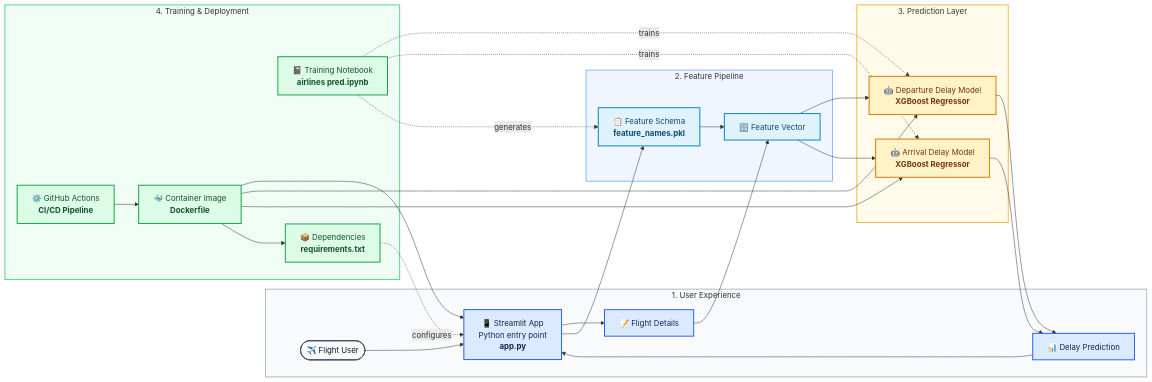
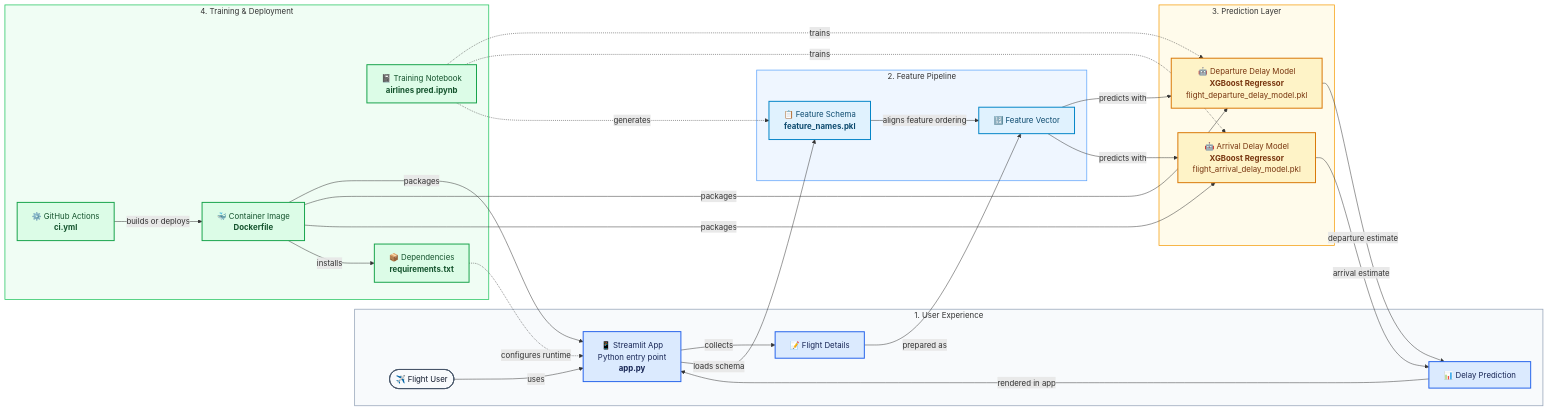
The diagram in project structure.md (cnadupuri/Flight-Delay-Prediction), drawn with Mermaid before and after one commit. The commit also changed other lines of this file, not shown here.

Commit message:
Add clickable links to architecture diagram components

````diff
--- a/project structure.md
+++ b/project structure.md
@@ -3,72 +5,82 @@
 ```mermaid
 flowchart LR
 
     %% Layer 1: User interaction
     subgraph UX["1. User Experience"]
         U(["✈️ Flight User"])
         A["📱 Streamlit App<br/>Python entry point<br/><b>app.py</b>"]
         I["📝 Flight Details"]
         P["📊 Delay Prediction"]
     end
 
     %% Layer 2: Feature preparation
     subgraph FEAT["2. Feature Pipeline"]
         F["🔢 Feature Vector"]
         S["📋 Feature Schema<br/><b>feature_names.pkl</b>"]
     end
 
     %% Layer 3: Model inference
     subgraph ML["3. Prediction Layer"]
-        D["🤖 Departure Delay Model<br/><b>XGBoost Regressor</b>"]
-        R["🤖 Arrival Delay Model<br/><b>XGBoost Regressor</b>"]
+        D["🤖 Departure Delay Model<br/><b>XGBoost Regressor</b><br/>flight_departure_delay_model.pkl"]
+        R["🤖 Arrival Delay Model<br/><b>XGBoost Regressor</b><br/>flight_arrival_delay_model.pkl"]
     end
 
     %% Layer 4: Training and delivery
     subgraph OPS["4. Training & Deployment"]
         N["📓 Training Notebook<br/><b>airlines pred.ipynb</b>"]
         REQ["📦 Dependencies<br/><b>requirements.txt</b>"]
         DOCKER["🐳 Container Image<br/><b>Dockerfile</b>"]
-        CI["⚙️ GitHub Actions<br/><b>CI/CD Pipeline</b>"]
+        CI["⚙️ GitHub Actions<br/><b>ci.yml</b>"]
     end
 
-    %% Core workflow
-    U --> A
-    A --> I
-    I --> F
-    S --> F
-    A --> S
-    F --> D
-    F --> R
-    D --> P
-    R --> P
-    P --> A
+    %% Core prediction workflow
+    U -->|"uses"| A
+    A -->|"collects"| I
+    I -->|"prepared as"| F
+    S -->|"aligns feature ordering"| F
+    A -->|"loads schema"| S
+    F -->|"predicts with"| D
+    F -->|"predicts with"| R
+    D -->|"departure estimate"| P
+    R -->|"arrival estimate"| P
+    P -->|"rendered in app"| A
 
-    %% Training and artifact lifecycle
-    N -. trains .-> D
-    N -. trains .-> R
-    N -. generates .-> S
-    REQ -. configures .-> A
-    DOCKER --> A
-    DOCKER --> D
-    DOCKER --> R
-    DOCKER --> REQ
-    CI --> DOCKER
+    %% Training, packaging, and deployment relationships
+    N -.->|"trains"| D
+    N -.->|"trains"| R
+    N -.->|"generates"| S
+    REQ -.->|"configures runtime"| A
+    DOCKER -->|"packages"| A
+    DOCKER -->|"packages"| D
+    DOCKER -->|"packages"| R
+    DOCKER -->|"installs"| REQ
+    CI -->|"builds or deploys"| DOCKER
+
+    %% Clickable repository links
+    click A "https://github.com/cnadupuri/Flight-Delay-Prediction/blob/main/app.py" "Open Streamlit application"
+    click S "https://github.com/cnadupuri/Flight-Delay-Prediction/blob/main/feature_names.pkl" "Open feature schema"
+    click D "https://github.com/cnadupuri/Flight-Delay-Prediction/blob/main/flight_departure_delay_model.pkl" "Open departure delay model"
+    click R "https://github.com/cnadupuri/Flight-Delay-Prediction/blob/main/flight_arrival_delay_model.pkl" "Open arrival delay model"
+    click N "https://github.com/cnadupuri/Flight-Delay-Prediction/blob/main/airlines%20pred.ipynb" "Open training notebook"
+    click REQ "https://github.com/cnadupuri/Flight-Delay-Prediction/blob/main/requirements.txt" "Open dependency manifest"
+    click DOCKER "https://github.com/cnadupuri/Flight-Delay-Prediction/blob/main/Dockerfile" "Open Dockerfile"
+    click CI "https://github.com/cnadupuri/Flight-Delay-Prediction/blob/main/.github/workflows/ci.yml" "Open CI/CD workflow"
 
     %% Styling
     classDef user fill:#F8FAFC,stroke:#475569,stroke-width:2px,color:#0F172A;
     classDef ui fill:#DBEAFE,stroke:#2563EB,stroke-width:2px,color:#172554;
     classDef feature fill:#E0F2FE,stroke:#0284C7,stroke-width:2px,color:#0C4A6E;
     classDef model fill:#FEF3C7,stroke:#D97706,stroke-width:2px,color:#78350F;
     classDef ops fill:#DCFCE7,stroke:#16A34A,stroke-width:2px,color:#14532D;
 
     class U user;
     class A,I,P ui;
     class F,S feature;
     class D,R model;
     class N,REQ,DOCKER,CI ops;
 
     style UX fill:#F8FAFC,stroke:#94A3B8,stroke-width:1.5px;
     style FEAT fill:#EFF6FF,stroke:#60A5FA,stroke-width:1.5px;
     style ML fill:#FFFBEB,stroke:#F59E0B,stroke-width:1.5px;
     style OPS fill:#F0FDF4,stroke:#22C55E,stroke-width:1.5px;
 ```
````
